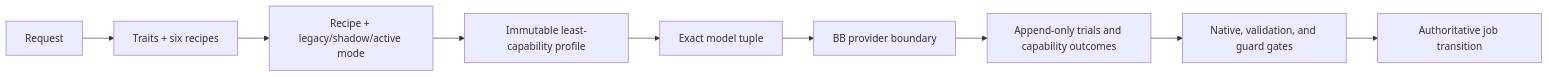
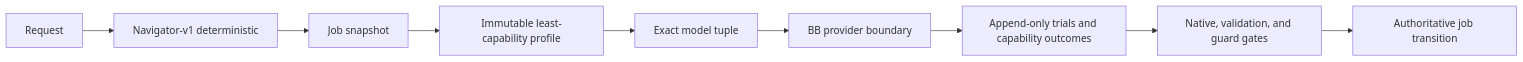
Before and after one commit to amrtawfik160/hanoon: the third of 3 diagrams in docs/architecture.md, drawn with Mermaid. The commit also changed other lines of this file and 21 other files, not shown here.

First line of the commit message:
fix: admit new work as navigator-v1 without recipe control

````diff
--- a/docs/architecture.md
+++ b/docs/architecture.md
@@ -111,11 +111,11 @@
 ```mermaid
 flowchart LR
-    Request --> Classifier[Traits + six recipes]
-    Classifier --> JobSnapshot[Recipe + legacy/shadow/active mode]
+    Request --> Navigator[Navigator-v1 deterministic]
+    Navigator --> JobSnapshot[Job snapshot]
     JobSnapshot --> Profile[Immutable least-capability profile]
     Profile --> Route[Exact model tuple]
     Route --> Provider[BB provider boundary]
     Provider --> Outcomes[Append-only trials and capability outcomes]
     Outcomes --> Gate[Native, validation, and guard gates]
     Gate --> Transition[Authoritative job transition]
 ```
````
